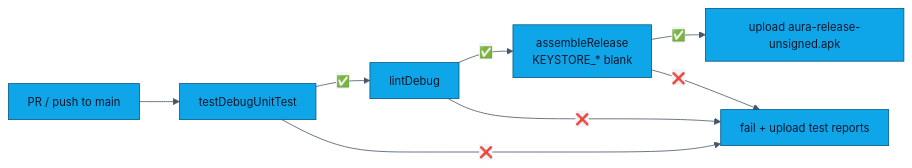
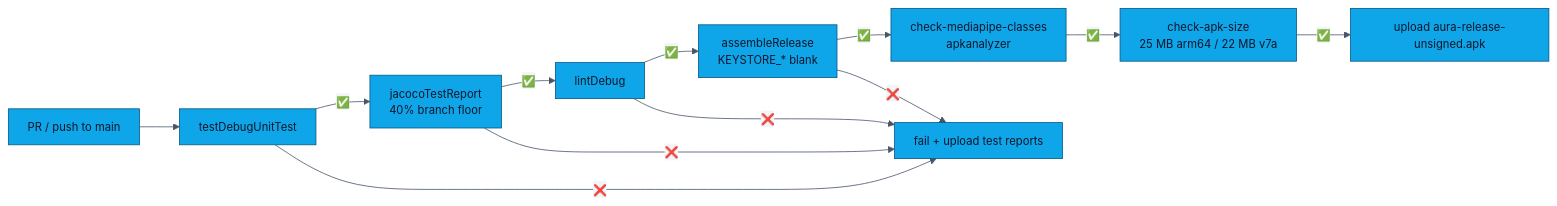
One commit to showerideas/Aura changed the diagram in docs/BUILD.md. Above: the diagram before and after it, drawn with Mermaid. The commit also changed other lines of this file and 20 other files, not shown here.

````diff
--- a/docs/BUILD.md
+++ b/docs/BUILD.md
@@ -72,22 +72,26 @@
 ```mermaid
 %%{init: {'theme':'base','themeVariables':{
   'fontFamily':'ui-monospace, SFMono-Regular, Menlo, Monaco, monospace',
   'fontSize':'14px',
   'primaryColor':'#0EA5E9',
   'primaryTextColor':'#0F172A',
   'primaryBorderColor':'#075985',
   'lineColor':'#475569',
   'secondaryColor':'#F1F5F9',
   'tertiaryColor':'#FAFAF9',
   'clusterBkg':'#F8FAFC',
   'clusterBorder':'#CBD5E1'
 },'flowchart':{'curve':'basis','nodeSpacing':40,'rankSpacing':50,'padding':12},'sequence':{'actorMargin':50,'boxMargin':10,'noteMargin':10,'messageMargin':35}}}%%
 flowchart LR
     PR[PR / push to main] --> A[testDebugUnitTest]
-    A -- ✅ --> B[lintDebug]
-    B -- ✅ --> C[assembleRelease<br/>KEYSTORE_* blank]
-    C -- ✅ --> D[upload aura-release-unsigned.apk]
+    A -- ✅ --> B[jacocoTestReport<br/>40% branch floor]
+    B -- ✅ --> C[lintDebug]
+    C -- ✅ --> D[assembleRelease<br/>KEYSTORE_* blank]
+    D -- ✅ --> E[check-mediapipe-classes<br/>apkanalyzer]
+    E -- ✅ --> G[check-apk-size<br/>25 MB arm64 / 22 MB v7a]
+    G -- ✅ --> H[upload aura-release-unsigned.apk]
     A -- ❌ --> F[fail + upload test reports]
     B -- ❌ --> F
     C -- ❌ --> F
+    D -- ❌ --> F
 ```
````
